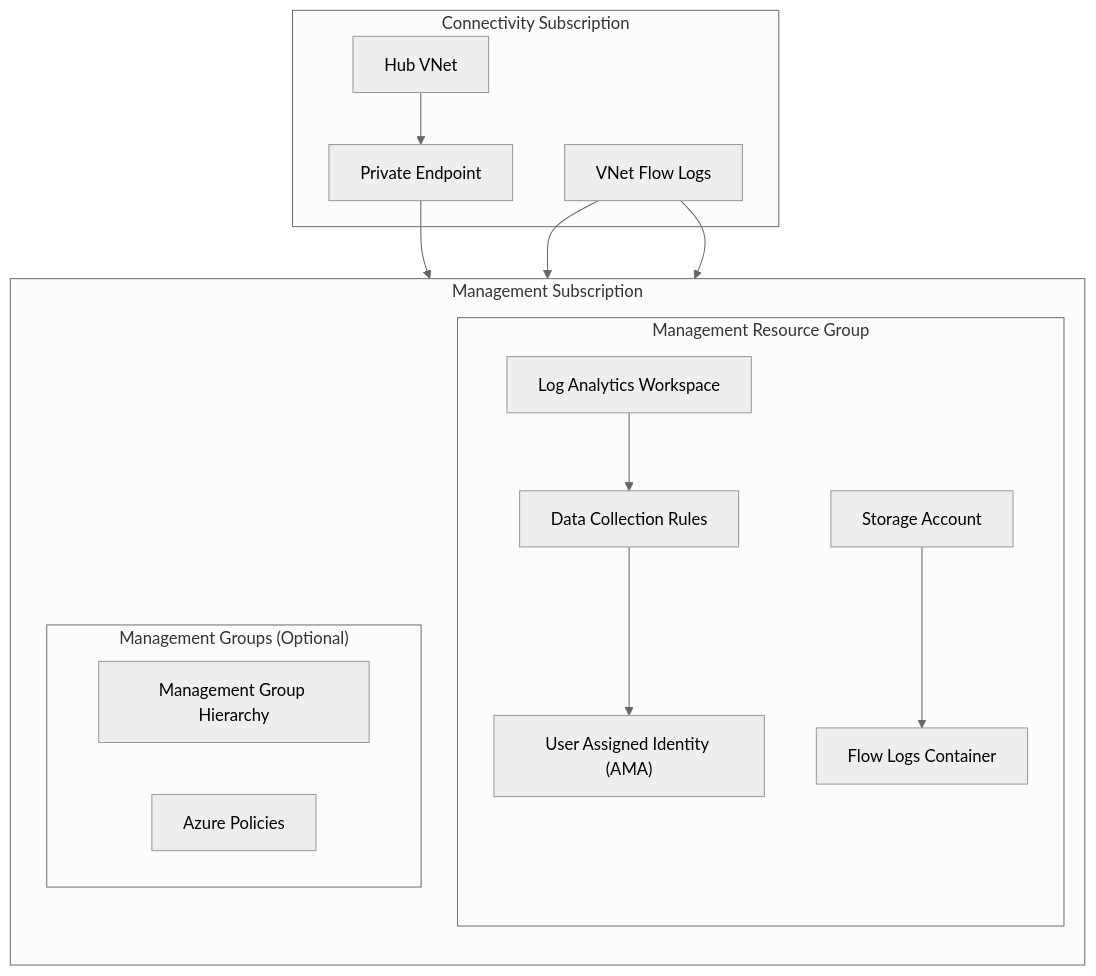
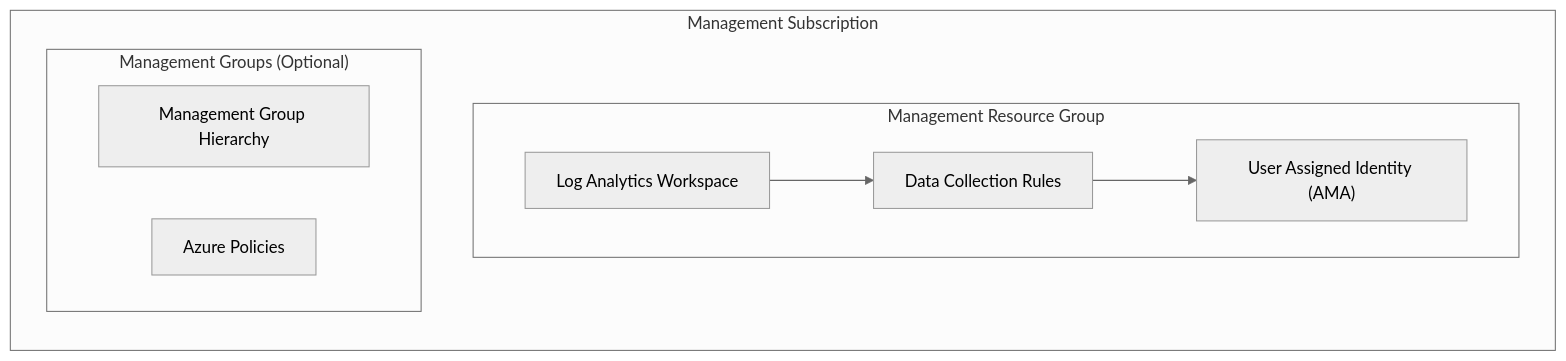
The first of 2 diagrams in templates/management_landing_zone/_header.md (Ensono/stacks-azure-platform-landing-zone), drawn with Mermaid (neutral theme) before and after one commit. The commit also changed other lines of this file and 19 other files, not shown here.

First line of the commit message:
refactor: flow logs storage configuration and management

````diff
--- a/templates/management_landing_zone/_header.md
+++ b/templates/management_landing_zone/_header.md
@@ -7,33 +7,20 @@
 ```mermaid
 flowchart TB
     subgraph Management["Management Subscription"]
         direction TB
 
         subgraph Resources["Management Resource Group"]
             LAW["Log Analytics Workspace"]
             DCR["Data Collection Rules"]
             UAI["User Assigned Identity (AMA)"]
-            SA["Storage Account"]
-            Blob["Flow Logs Container"]
         end
 
         subgraph Optional["Management Groups (Optional)"]
             MG["Management Group Hierarchy"]
             Policy["Azure Policies"]
         end
     end
 
-    subgraph Connectivity["Connectivity Subscription"]
-        PE["Private Endpoint"]
-        Hub["Hub VNet"]
-        FlowLogs["VNet Flow Logs"]
-    end
-
     LAW --> DCR
     DCR --> UAI
-    SA --> Blob
-    PE --> SA
-    Hub --> PE
-    FlowLogs --> SA
-    FlowLogs --> LAW
 ```
````
